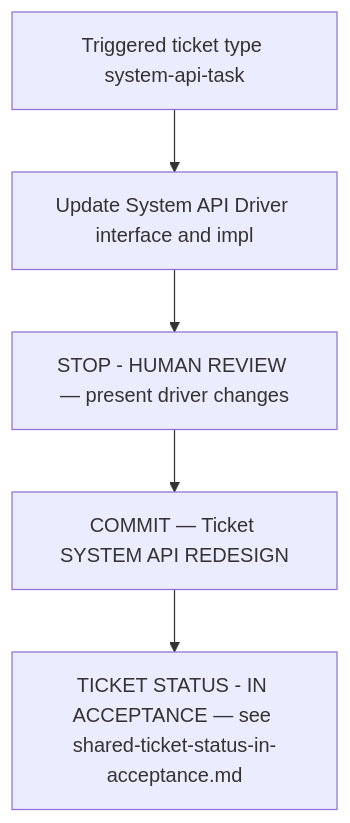
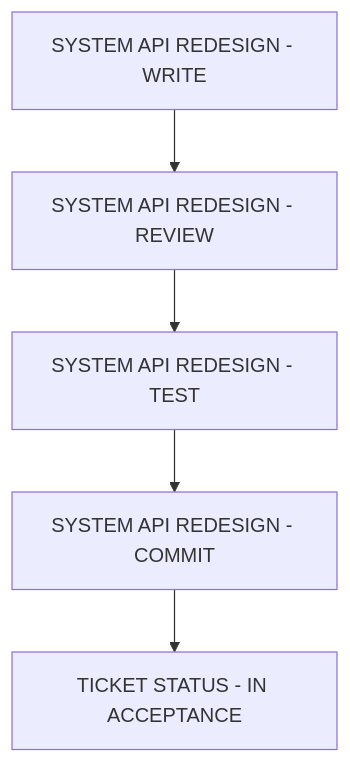
The sixth of 10 diagrams in docs/atdd/process/diagram-process.md (optivem/starter), drawn with Mermaid before and after one commit. The commit also changed other lines of this file and 19 other files, not shown here.

````diff
--- a/docs/atdd/process/diagram-process.md
+++ b/docs/atdd/process/diagram-process.md
@@ -222,13 +207,13 @@
 ```mermaid
 flowchart TD
-    TRIGGER[Triggered ticket type system-api-task]
-    UPDATE[Update System API Driver interface and impl]
-    STOP_REVIEW[STOP - HUMAN REVIEW — present driver changes]
-    COMMIT[COMMIT — Ticket SYSTEM API REDESIGN]
-    IN_ACCEPTANCE[TICKET STATUS - IN ACCEPTANCE — see shared-ticket-status-in-acceptance.md]
+    WRITE[SYSTEM API REDESIGN - WRITE]
+    REVIEW[SYSTEM API REDESIGN - REVIEW]
+    TEST[SYSTEM API REDESIGN - TEST]
+    COMMIT[SYSTEM API REDESIGN - COMMIT]
+    IN_ACCEPTANCE[TICKET STATUS - IN ACCEPTANCE]
 
-    TRIGGER --> UPDATE
-    UPDATE --> STOP_REVIEW
-    STOP_REVIEW --> COMMIT
+    WRITE --> REVIEW
+    REVIEW --> TEST
+    TEST --> COMMIT
     COMMIT --> IN_ACCEPTANCE
 ```
````
